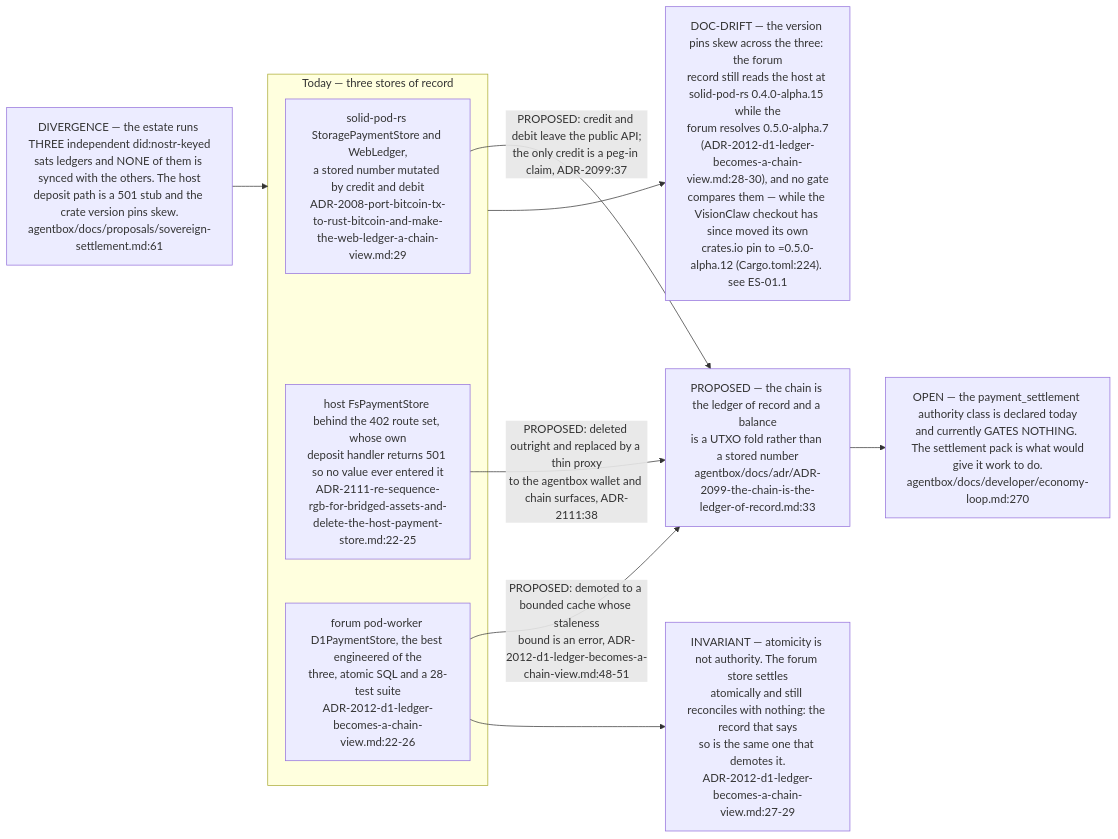
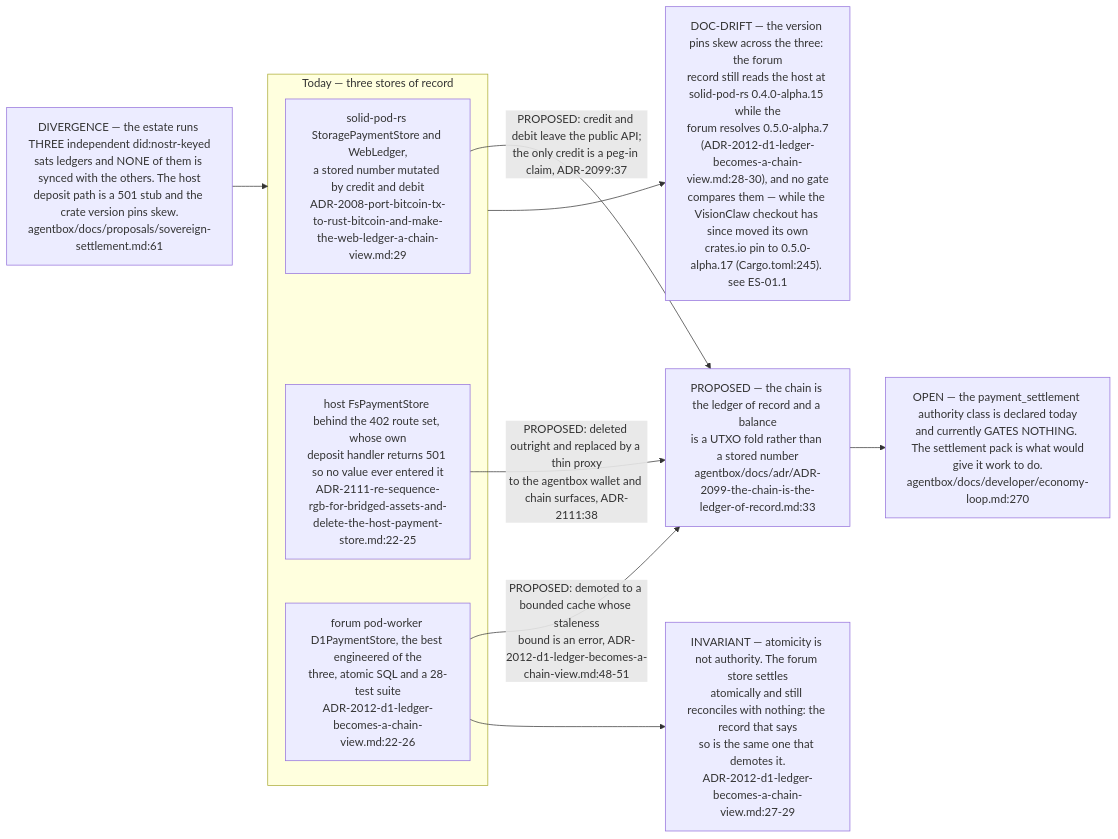
Diagram 12 of 12 in docs/diagrams/estate/03-cross-repo-federation-contract.md (DreamLab-AI/VisionFlow), drawn with Mermaid before and after one commit. The commit also changed other lines of this file and 160 other files, not shown here.

````diff
--- a/docs/diagrams/estate/03-cross-repo-federation-contract.md
+++ b/docs/diagrams/estate/03-cross-repo-federation-contract.md
@@ -479,25 +483,25 @@
 ```mermaid
 flowchart LR
     FACT["DIVERGENCE — the estate runs THREE independent did:nostr-keyed<br/>sats ledgers and NONE of them is synced with the others. The host<br/>deposit path is a 501 stub and the crate version pins skew.<br/>agentbox/docs/proposals/sovereign-settlement.md:61"]
 
     subgraph TODAY["Today — three stores of record"]
         L1["solid-pod-rs StoragePaymentStore and WebLedger,<br/>a stored number mutated by credit and debit<br/>ADR-2008-port-bitcoin-tx-to-rust-bitcoin-and-make-the-web-ledger-a-chain-view.md:29"]
         L2["host FsPaymentStore behind the 402 route set, whose own<br/>deposit handler returns 501 so no value ever entered it<br/>ADR-2111-re-sequence-rgb-for-bridged-assets-and-delete-the-host-payment-store.md:22-25"]
         L3["forum pod-worker D1PaymentStore, the best engineered of the<br/>three, atomic SQL and a 28-test suite<br/>ADR-2012-d1-ledger-becomes-a-chain-view.md:22-26"]
     end
     FACT --> TODAY
 
     CHAIN["PROPOSED — the chain is the ledger of record and a balance<br/>is a UTXO fold rather than a stored number<br/>agentbox/docs/adr/ADR-2099-the-chain-is-the-ledger-of-record.md:33"]
     L1 -->|"PROPOSED: credit and debit leave the public API;<br/>the only credit is a peg-in claim, ADR-2099:37"| CHAIN
     L2 -->|"PROPOSED: deleted outright and replaced by a thin proxy<br/>to the agentbox wallet and chain surfaces, ADR-2111:38"| CHAIN
     L3 -->|"PROPOSED: demoted to a bounded cache whose staleness<br/>bound is an error, ADR-2012-d1-ledger-becomes-a-chain-view.md:48-51"| CHAIN
 
     INV2["INVARIANT — atomicity is not authority. The forum store settles<br/>atomically and still reconciles with nothing: the record that says<br/>so is the same one that demotes it.<br/>ADR-2012-d1-ledger-becomes-a-chain-view.md:27-29"]
     L3 --> INV2
 
     GATE["OPEN — the payment_settlement authority class is declared today<br/>and currently GATES NOTHING. The settlement pack is what would<br/>give it work to do.<br/>agentbox/docs/developer/economy-loop.md:270"]
     CHAIN --> GATE
 
-    SKEW["DOC-DRIFT — the version pins skew across the three: the forum<br/>record still reads the host at solid-pod-rs 0.4.0-alpha.15 while the<br/>forum resolves 0.5.0-alpha.7<br/>(ADR-2012-d1-ledger-becomes-a-chain-view.md:28-30), and no gate<br/>compares them — while the VisionClaw checkout has since moved its own<br/>crates.io pin to =0.5.0-alpha.12 (Cargo.toml:224). see ES-01.1"]
+    SKEW["DOC-DRIFT — the version pins skew across the three: the forum<br/>record still reads the host at solid-pod-rs 0.4.0-alpha.15 while the<br/>forum resolves 0.5.0-alpha.7<br/>(ADR-2012-d1-ledger-becomes-a-chain-view.md:28-30), and no gate<br/>compares them — while the VisionClaw checkout has since moved its own<br/>crates.io pin to 0.5.0-alpha.17 (Cargo.toml:245). see ES-01.1"]
     TODAY --> SKEW
 ```
````
